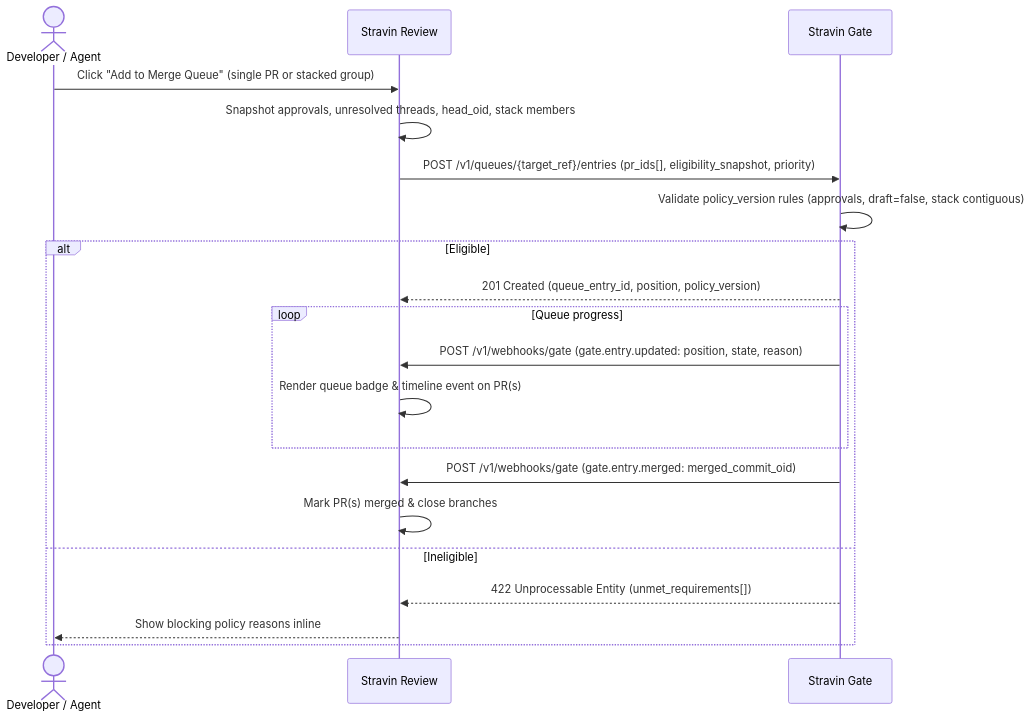
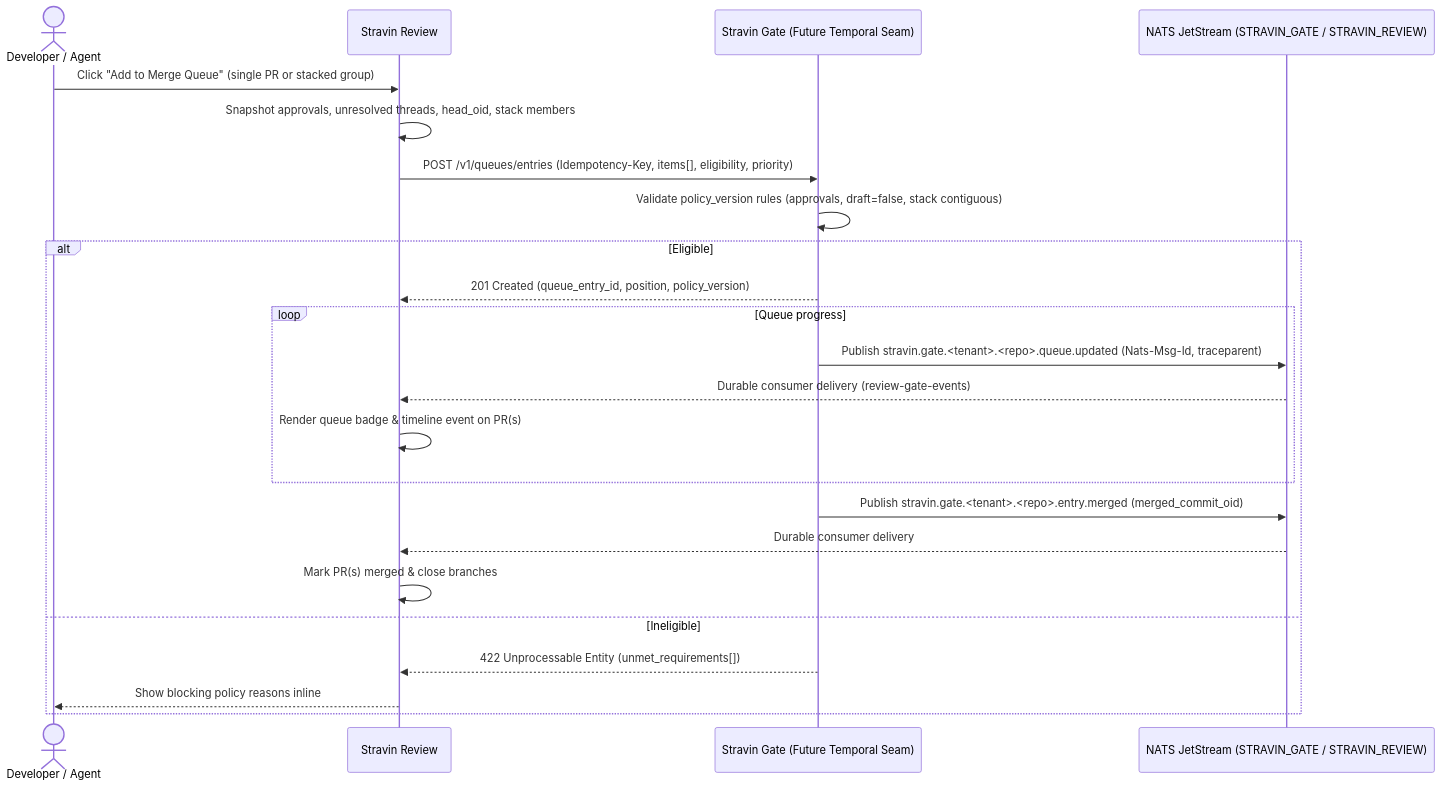
One commit to stravin-dev/architecture changed the diagram in docs/interfaces/review-gate.md. Above: the diagram before and after it, drawn with Mermaid. The commit also changed other lines of this file and 13 other files, not shown here.

Commit message:
docs: add ADR-0001 (Cilium, NATS JetStream, External Webhooks, Temporal seam) and update interface contracts

````diff
--- a/docs/interfaces/review-gate.md
+++ b/docs/interfaces/review-gate.md
@@ -17,23 +17,26 @@
 ```mermaid
 sequenceDiagram
     actor Dev as Developer / Agent
     participant Review as Stravin Review
-    participant Gate as Stravin Gate
+    participant Gate as Stravin Gate (Future Temporal Seam)
+    participant NATS as NATS JetStream (STRAVIN_GATE / STRAVIN_REVIEW)
 
     Dev->>Review: Click "Add to Merge Queue" (single PR or stacked group)
     Review->>Review: Snapshot approvals, unresolved threads, head_oid, stack members
-    Review->>Gate: POST /v1/queues/{target_ref}/entries (pr_ids[], eligibility_snapshot, priority)
+    Review->>Gate: POST /v1/queues/entries (Idempotency-Key, items[], eligibility, priority)
     Gate->>Gate: Validate policy_version rules (approvals, draft=false, stack contiguous)
     alt Eligible
         Gate-->>Review: 201 Created (queue_entry_id, position, policy_version)
         loop Queue progress
-            Gate->>Review: POST /v1/webhooks/gate (gate.entry.updated: position, state, reason)
+            Gate->>NATS: Publish stravin.gate.<tenant>.<repo>.queue.updated (Nats-Msg-Id, traceparent)
+            NATS-->>Review: Durable consumer delivery (review-gate-events)
             Review->>Review: Render queue badge & timeline event on PR(s)
         end
-        Gate->>Review: POST /v1/webhooks/gate (gate.entry.merged: merged_commit_oid)
+        Gate->>NATS: Publish stravin.gate.<tenant>.<repo>.entry.merged (merged_commit_oid)
+        NATS-->>Review: Durable consumer delivery
         Review->>Review: Mark PR(s) merged & close branches
     else Ineligible
         Gate-->>Review: 422 Unprocessable Entity (unmet_requirements[])
         Review-->>Dev: Show blocking policy reasons inline
     end
 ```
````
